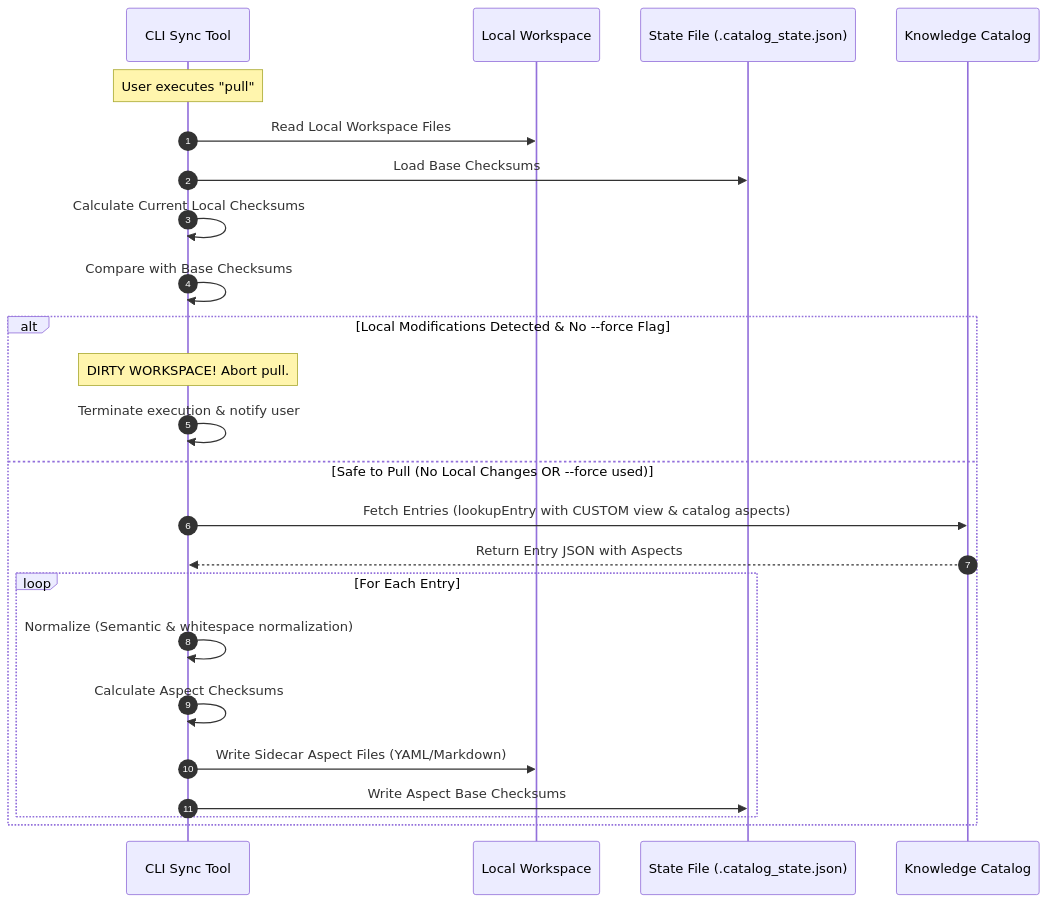
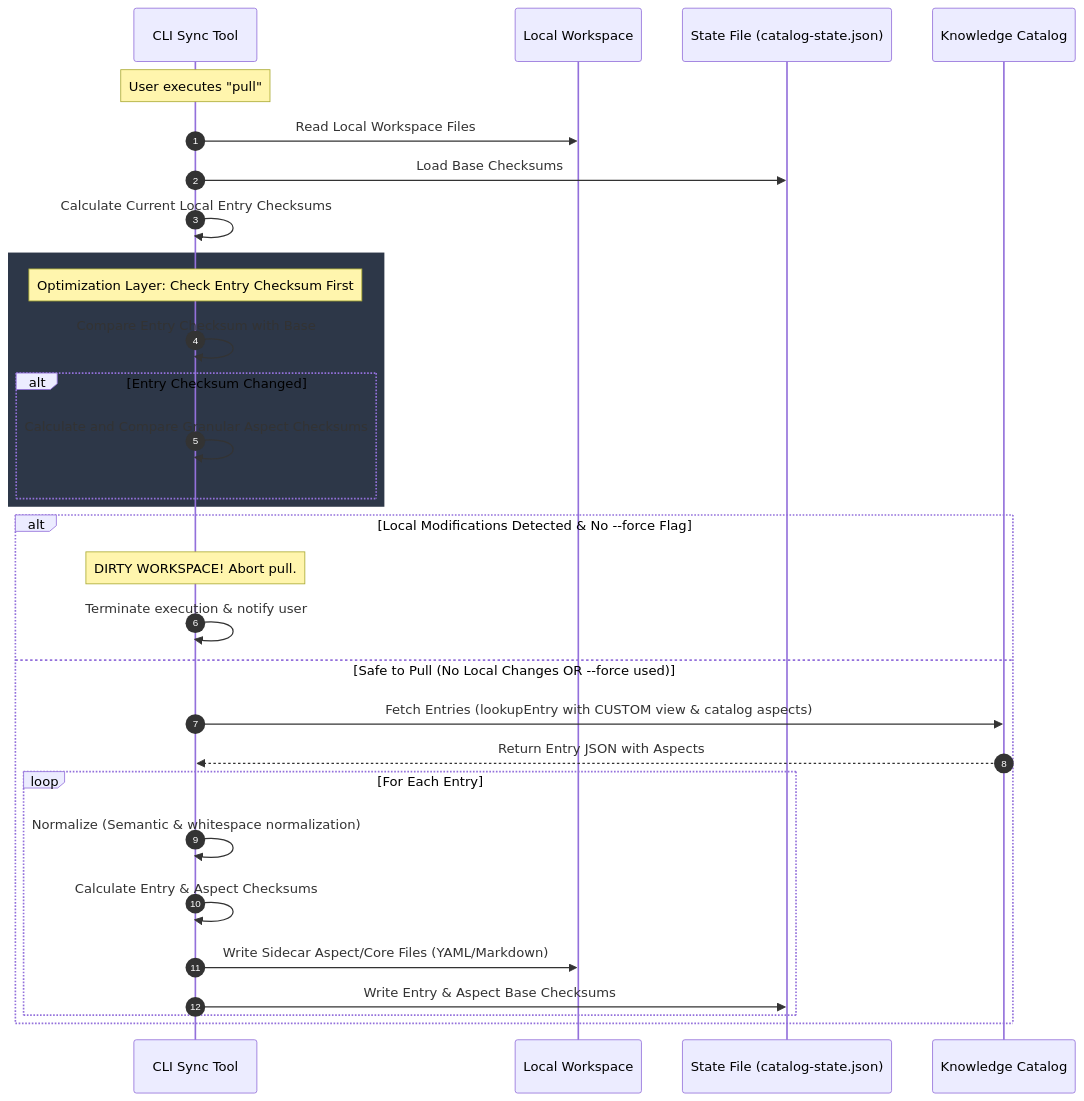
The second of 3 diagrams in toolbox/mdcode/docs/checksum_design.md (GoogleCloudPlatform/knowledge-catalog), drawn with Mermaid before and after one commit. The commit also changed other lines of this file, not shown here.

Commit message:
docs: update checksum design spec addressing review comments

````diff
--- a/toolbox/mdcode/docs/checksum_design.md
+++ b/toolbox/mdcode/docs/checksum_design.md
@@ -189,29 +203,36 @@
 ```mermaid
 sequenceDiagram
     autonumber
     participant Tool as CLI Sync Tool
     participant Disk as Local Workspace
-    participant State as State File (.catalog_state.json)
+    participant State as State File (catalog-state.json)
     participant Remote as Knowledge Catalog
 
     Note over Tool: User executes "pull"
     Tool->>Disk: Read Local Workspace Files
     Tool->>State: Load Base Checksums
-    Tool->>Tool: Calculate Current Local Checksums
-    Tool->>Tool: Compare with Base Checksums
+    Tool->>Tool: Calculate Current Local Entry Checksums
+    
+    rect rgb(45, 55, 72)
+    Note over Tool: Optimization Layer: Check Entry Checksum First
+    Tool->>Tool: Compare Entry Checksum with Base
+    alt Entry Checksum Changed
+        Tool->>Tool: Calculate and Compare Granular Aspect Checksums
+    end
+    end
     
     alt Local Modifications Detected & No --force Flag
         Note over Tool: DIRTY WORKSPACE! Abort pull.
         Tool->>Tool: Terminate execution & notify user
     else Safe to Pull (No Local Changes OR --force used)
         Tool->>Remote: Fetch Entries (lookupEntry with CUSTOM view & catalog aspects)
         Remote-->>Tool: Return Entry JSON with Aspects
 
         loop For Each Entry
             Tool->>Tool: Normalize (Semantic & whitespace normalization)
-            Tool->>Tool: Calculate Aspect Checksums
-            Tool->>Disk: Write Sidecar Aspect Files (YAML/Markdown)
-            Tool->>State: Write Aspect Base Checksums
+            Tool->>Tool: Calculate Entry & Aspect Checksums
+            Tool->>Disk: Write Sidecar Aspect/Core Files (YAML/Markdown)
+            Tool->>State: Write Entry & Aspect Base Checksums
         end
     end
 ```
````
